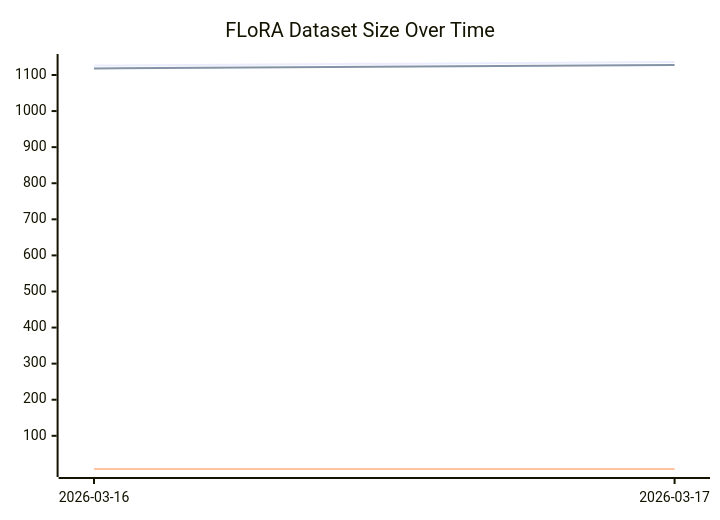
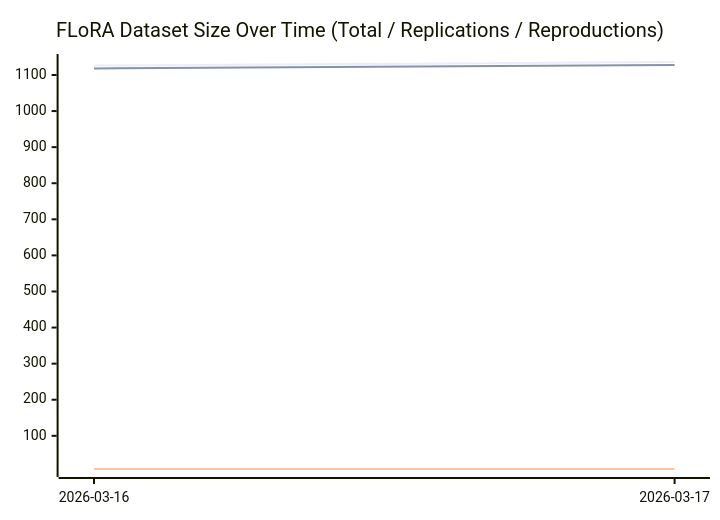
The diagram in README.md (forrtproject/FReD-data), drawn with Mermaid before and after one commit. The commit also changed 1 other file, not shown here.

Commit message:
Fix mermaid xychart-beta chart: remove unsupported named series syntax

````diff
--- a/README.md
+++ b/README.md
@@ -441,8 +441,8 @@
 ```mermaid
 xychart-beta
-    title "FLoRA Dataset Size Over Time"
+    title "FLoRA Dataset Size Over Time (Total / Replications / Reproductions)"
     x-axis ["2026-03-16", "2026-03-17"]
-    line "Total" [1126, 1136]
-    line "Replications" [1118, 1128]
-    line "Reproductions" [8, 8]
+    line [1126, 1136]
+    line [1118, 1128]
+    line [8, 8]
 ```
````
